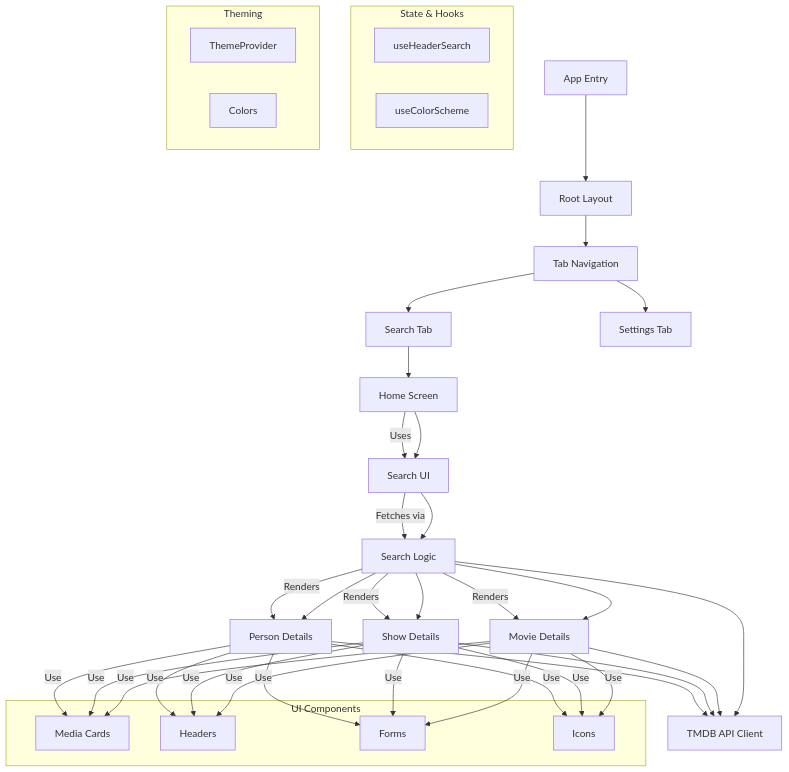
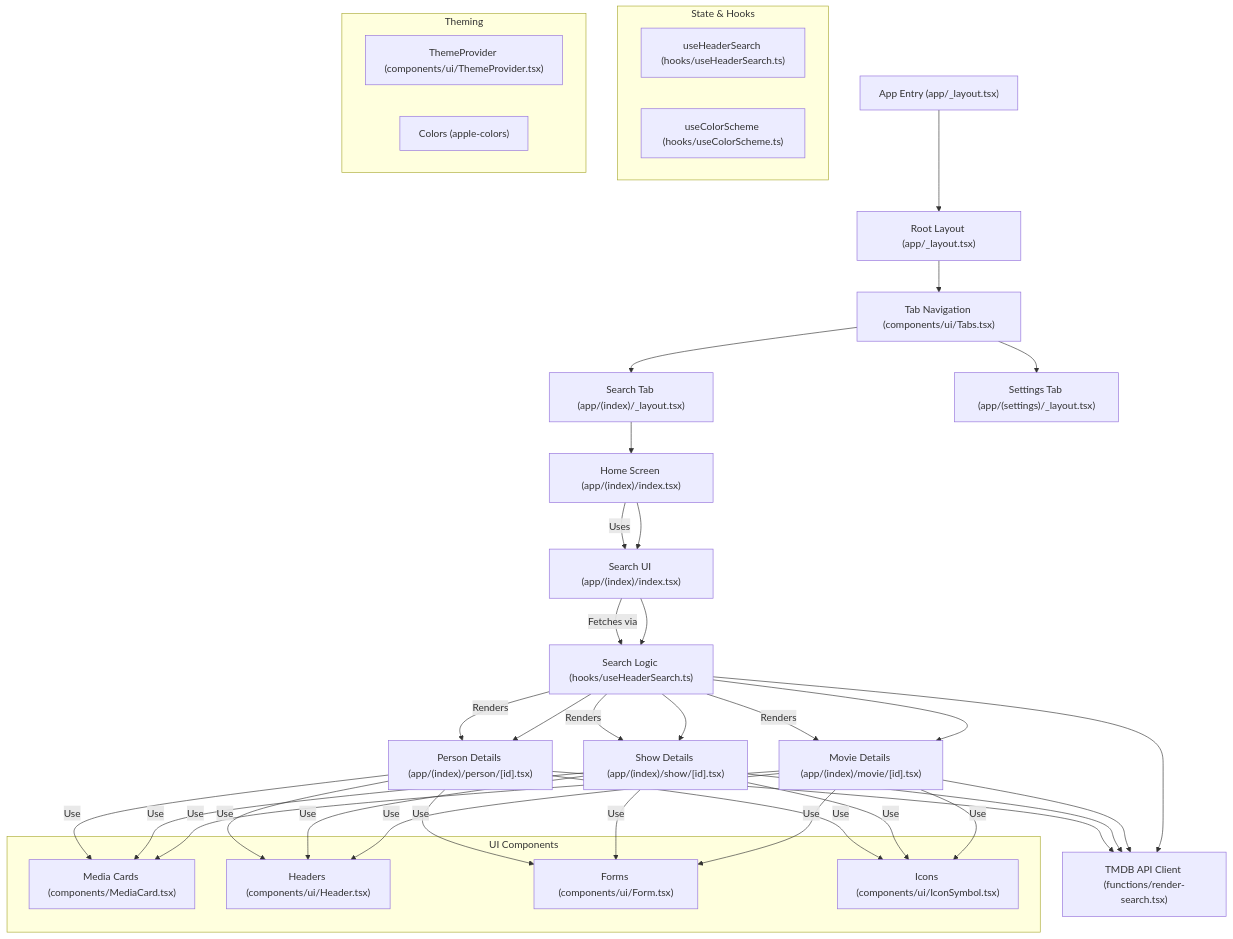
The diagram in diagrams/flow_diagram_with_files.md (anuj-sali/expo-rsc-movies), drawn with Mermaid before and after one commit. The commit also changed 1 other file, not shown here.

Commit message:
added diagrams

````diff
--- a/diagrams/flow_diagram_with_files.md
+++ b/diagrams/flow_diagram_with_files.md
@@ -3,46 +3,46 @@
 ```mermaid
 flowchart TD
     %% Main Layout and Navigation
-    A["App Entry"] --> B["Root Layout"]
-    B --> C["Tab Navigation"]
-    C --> D["Search Tab"]
-    C --> E["Settings Tab"]
+    A["App Entry (app/_layout.tsx)"] --> B["Root Layout (app/_layout.tsx)"]
+    B --> C["Tab Navigation (components/ui/Tabs.tsx)"]
+    C --> D["Search Tab (app/(index)/_layout.tsx)"]
+    C --> E["Settings Tab (app/(settings)/_layout.tsx)"]
     
     %% Search Flow
-    D --> F["Home Screen"]
-    F --> G["Search UI"]
-    G --> H["Search Logic"]
-    H --> I["Movie Details"]
-    H --> J["Show Details"]
-    H --> K["Person Details"]
+    D --> F["Home Screen (app/(index)/index.tsx)"]
+    F --> G["Search UI (app/(index)/index.tsx)"]
+    G --> H["Search Logic (hooks/useHeaderSearch.ts)"]
+    H --> I["Movie Details (app/(index)/movie/[id].tsx)"]
+    H --> J["Show Details (app/(index)/show/[id].tsx)"]
+    H --> K["Person Details (app/(index)/person/[id].tsx)"]
     
     %% Data Fetching
-    H --> L["TMDB API Client"]
+    H --> L["TMDB API Client (functions/render-search.tsx)"]
     I & J & K --> L
     
     %% UI Components
     subgraph "UI Components"
-        M["Media Cards"]
-        N["Headers"]
-        O["Forms"]
-        P["Icons"]
+        M["Media Cards (components/MediaCard.tsx)"]
+        N["Headers (components/ui/Header.tsx)"]
+        O["Forms (components/ui/Form.tsx)"]
+        P["Icons (components/ui/IconSymbol.tsx)"]
     end
     
     %% State Management
     subgraph "State & Hooks"
-        Q["useHeaderSearch"]
-        R["useColorScheme"]
+        Q["useHeaderSearch (hooks/useHeaderSearch.ts)"]
+        R["useColorScheme (hooks/useColorScheme.ts)"]
     end
     
     %% Theming
     subgraph "Theming"
-        S["ThemeProvider"]
-        T["Colors"]
+        S["ThemeProvider (components/ui/ThemeProvider.tsx)"]
+        T["Colors (apple-colors)"]
     end
     
     %% Data Flow
     F -->|Uses| G
     G -->|Fetches via| H
     H -->|Renders| I & J & K
     I & J & K -->|Use| M & N & O & P
 ```
````
